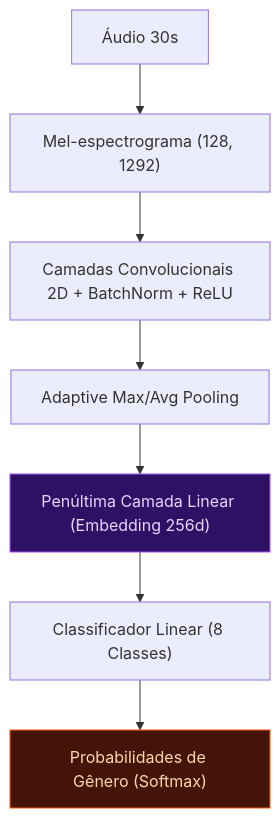
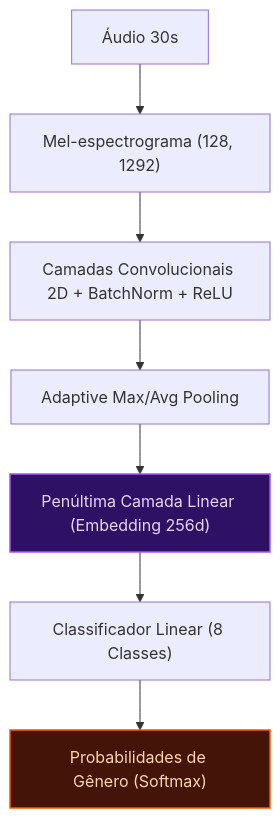
One commit to Oseiasdfarias/youfy changed the third of 4 diagrams in docs/arquitetura/decisoes.md. Above: the diagram before and after it, drawn with Mermaid. The commit also changed other lines of this file and 2 other files, not shown here.

Commit message:
style(docs): compatibiliza diagramas mermaid com o tema light em todas as paginas

````diff
--- a/docs/arquitetura/decisoes.md
+++ b/docs/arquitetura/decisoes.md
@@ -79,12 +81,14 @@
 ```mermaid
 flowchart TD
     Audio["Áudio 30s"] --> Melspec["Mel-espectrograma (128, 1292)"]
     Melspec --> Conv["Camadas Convolucionais 2D + BatchNorm + ReLU"]
     Conv --> Pool["Adaptive Max/Avg Pooling"]
     Pool --> Penult["Penúltima Camada Linear (Embedding 256d)"]
     Penult --> Head["Classificador Linear (8 Classes)"]
     Head --> Pred["Probabilidades de Gênero (Softmax)"]
 
-    style Penult fill:#2e1065,stroke:#a855f7,color:#e9d5ff
-    style Pred fill:#431407,stroke:#ff5500,color:#fed7aa
+    classDef penultStyle fill:#2e1065,stroke:#a855f7,stroke-width:1.5px,color:#e9d5ff;
+    classDef predStyle fill:#431407,stroke:#ff5500,stroke-width:1.5px,color:#fed7aa;
+    class Penult penultStyle;
+    class Pred predStyle;
 ```
````
